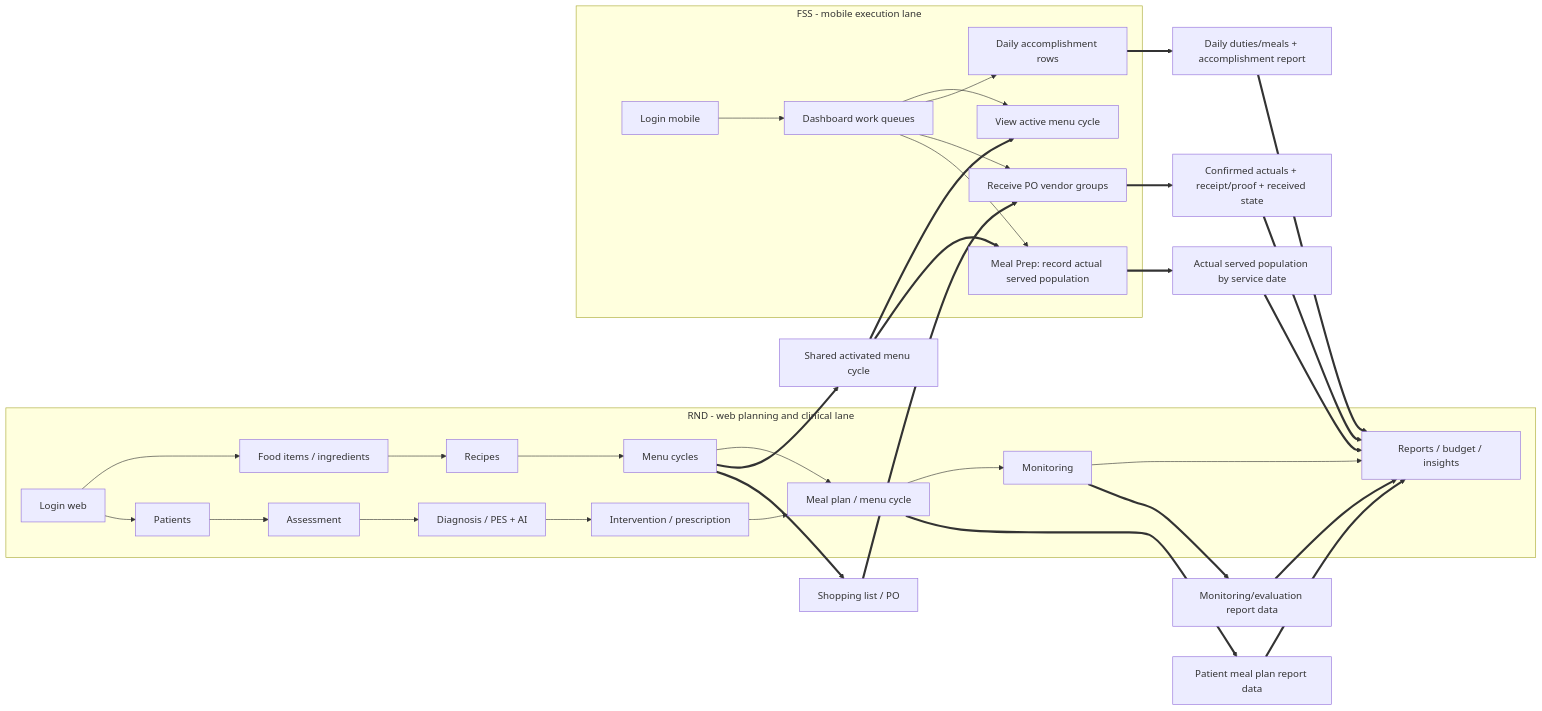
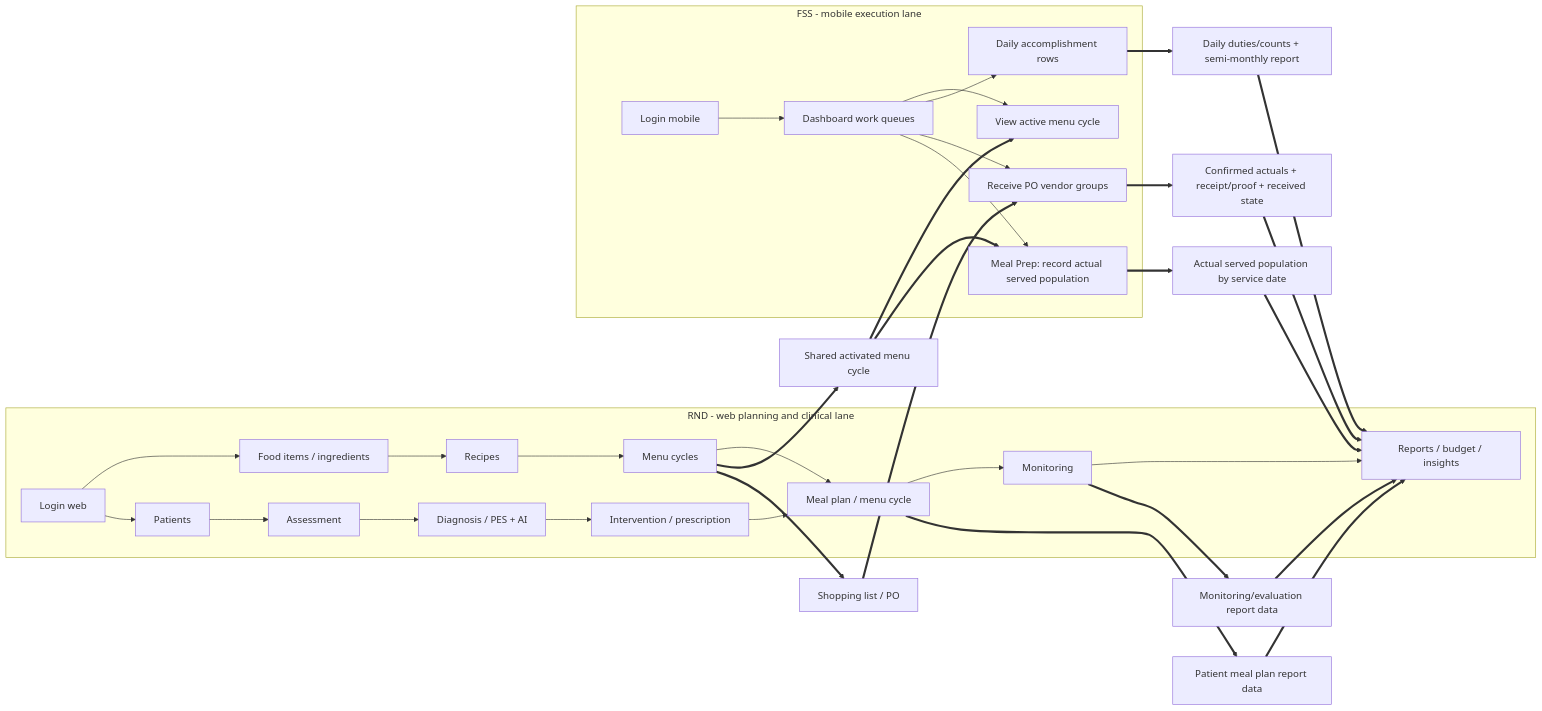
One commit to ja2gc/Nutriscope changed the seventh of 9 diagrams in docs/module-workflow-flowchart.md. Above: the diagram before and after it, drawn with Mermaid. The commit also changed other lines of this file and 24 other files, not shown here.

````diff
--- a/docs/module-workflow-flowchart.md
+++ b/docs/module-workflow-flowchart.md
@@ -245,48 +245,48 @@
 ```mermaid
 flowchart LR
     subgraph RND["RND - web planning and clinical lane"]
         R0["Login web"]
         R1["Food items / ingredients"]
         R2["Recipes"]
         R3["Menu cycles"]
         R4["Patients"]
         R5["Assessment"]
         R6["Diagnosis / PES + AI"]
         R7["Intervention / prescription"]
         R8["Meal plan / menu cycle"]
         R9["Monitoring"]
         R10["Reports / budget / insights"]
         R0 --> R1 --> R2 --> R3
         R0 --> R4 --> R5 --> R6 --> R7 --> R8 --> R9 --> R10
         R3 --> R8
     end
 
     subgraph FSS["FSS - mobile execution lane"]
         F0["Login mobile"]
         F1["Dashboard work queues"]
         F2["View active menu cycle"]
         F3["Daily accomplishment rows"]
         F4["Receive PO vendor groups"]
         F5["Meal Prep: record actual served population"]
         F0 --> F1
         F1 --> F2 & F3 & F4 & F5
     end
 
     R3 ==> X1["Shared activated menu cycle"]
     X1 ==> F2
     X1 ==> F5
 
     R3 ==> X2["Shopping list / PO"]
     X2 ==> F4
     F4 ==> X3["Confirmed actuals + receipt/proof + received state"]
     F5 ==> X4["Actual served population by service date"]
-    F3 ==> X5["Daily duties/meals + accomplishment report"]
+    F3 ==> X5["Daily duties/counts + semi-monthly report"]
 
     R8 ==> X6["Patient meal plan report data"]
     R9 ==> X7["Monitoring/evaluation report data"]
     X3 ==> R10
     X4 ==> R10
     X5 ==> R10
     X6 ==> R10
     X7 ==> R10
 ```
````
